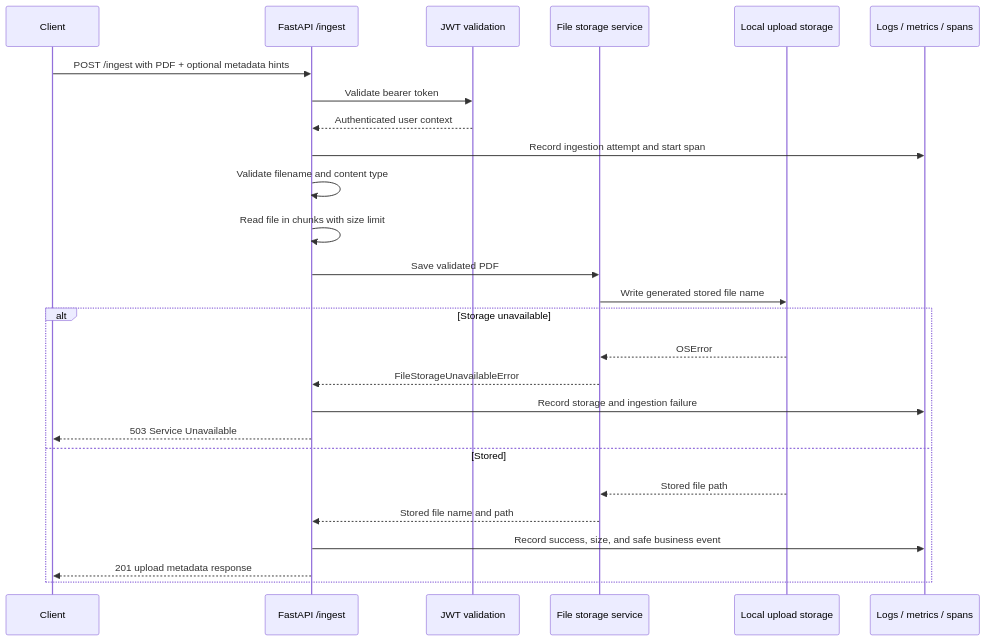
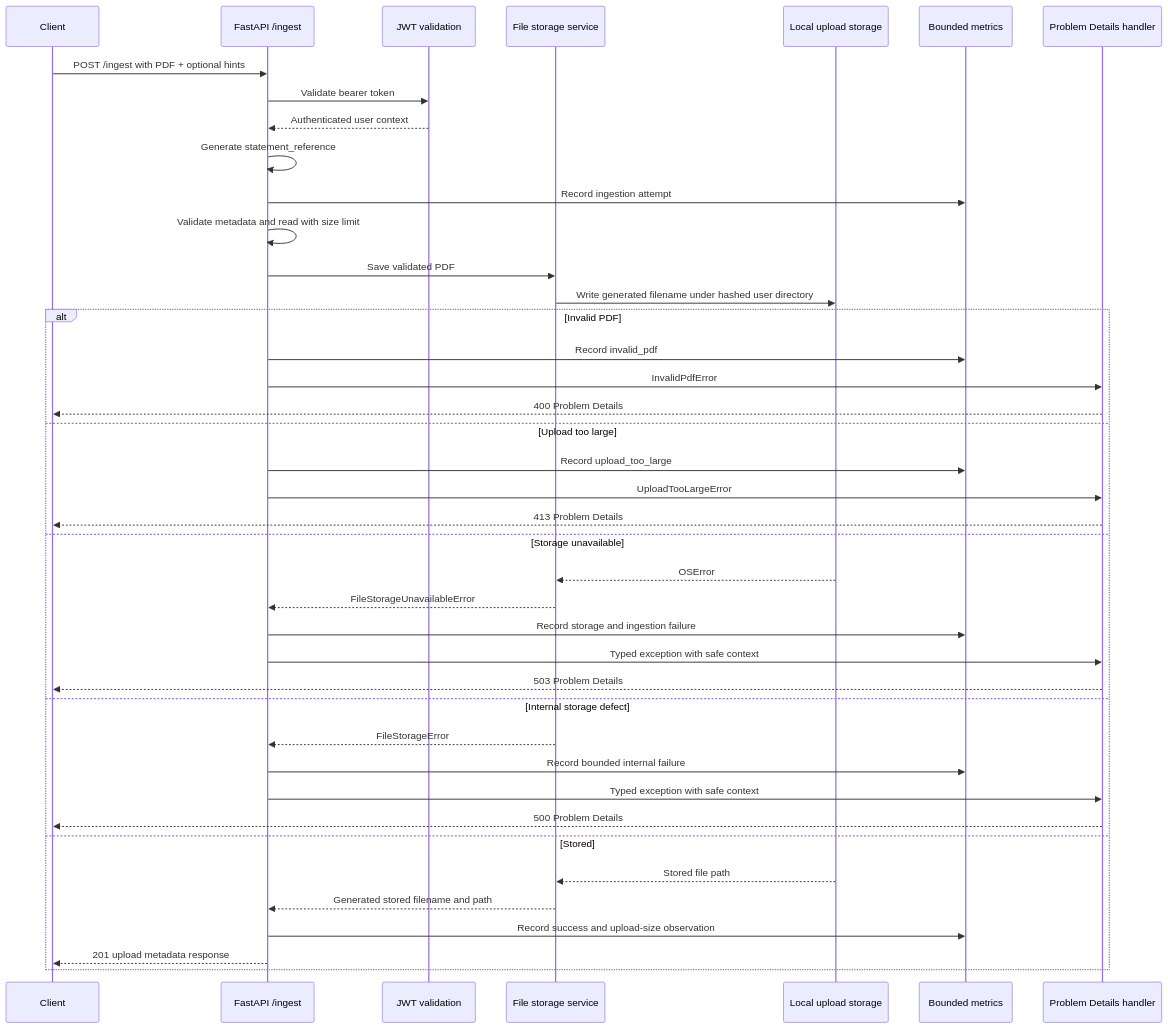
The sixth of 10 diagrams in docs/HLD.md (GeekStartup/spend-analyzer), drawn with Mermaid before and after one commit. The commit also changed other lines of this file and 34 other files, not shown here.

````diff
--- a/docs/HLD.md
+++ b/docs/HLD.md
@@ -276,29 +376,45 @@
 ```mermaid
 sequenceDiagram
     participant Client
     participant API as FastAPI /ingest
     participant Auth as JWT validation
     participant Storage as File storage service
     participant Disk as Local upload storage
-    participant Telemetry as Logs / metrics / spans
+    participant Metrics as Bounded metrics
+    participant Handler as Problem Details handler
 
-    Client->>API: POST /ingest with PDF + optional metadata hints
+    Client->>API: POST /ingest with PDF + optional hints
     API->>Auth: Validate bearer token
     Auth-->>API: Authenticated user context
-    API->>Telemetry: Record ingestion attempt and start span
-    API->>API: Validate filename and content type
-    API->>API: Read file in chunks with size limit
+    API->>API: Generate statement_reference
+    API->>Metrics: Record ingestion attempt
+    API->>API: Validate metadata and read with size limit
     API->>Storage: Save validated PDF
-    Storage->>Disk: Write generated stored file name
-    alt Storage unavailable
+    Storage->>Disk: Write generated filename under hashed user directory
+
+    alt Invalid PDF
+        API->>Metrics: Record invalid_pdf
+        API->>Handler: InvalidPdfError
+        Handler-->>Client: 400 Problem Details
+    else Upload too large
+        API->>Metrics: Record upload_too_large
+        API->>Handler: UploadTooLargeError
+        Handler-->>Client: 413 Problem Details
+    else Storage unavailable
         Disk-->>Storage: OSError
         Storage-->>API: FileStorageUnavailableError
-        API->>Telemetry: Record storage and ingestion failure
-        API-->>Client: 503 Service Unavailable
+        API->>Metrics: Record storage and ingestion failure
+        API->>Handler: Typed exception with safe context
+        Handler-->>Client: 503 Problem Details
+    else Internal storage defect
+        Storage-->>API: FileStorageError
+        API->>Metrics: Record bounded internal failure
+        API->>Handler: Typed exception with safe context
+        Handler-->>Client: 500 Problem Details
     else Stored
         Disk-->>Storage: Stored file path
-        Storage-->>API: Stored file name and path
-        API->>Telemetry: Record success, size, and safe business event
+        Storage-->>API: Generated stored filename and path
+        API->>Metrics: Record success and upload-size observation
         API-->>Client: 201 upload metadata response
     end
 ```
````
